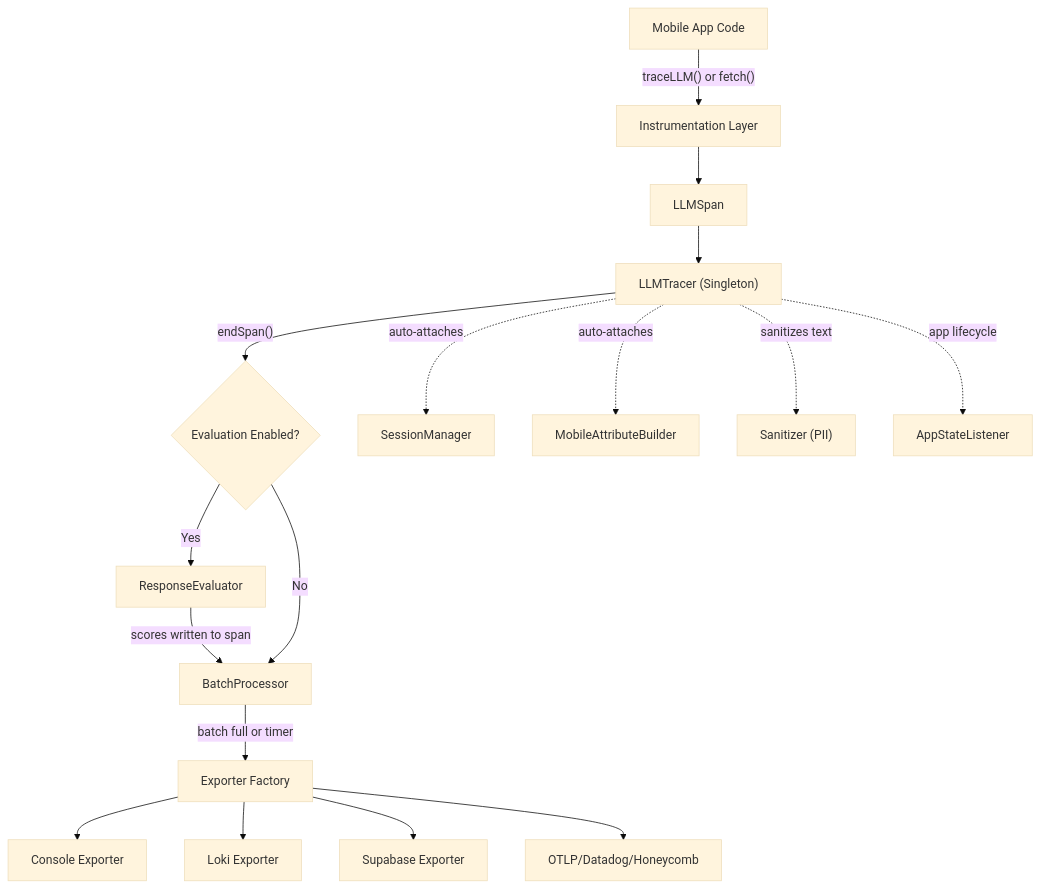
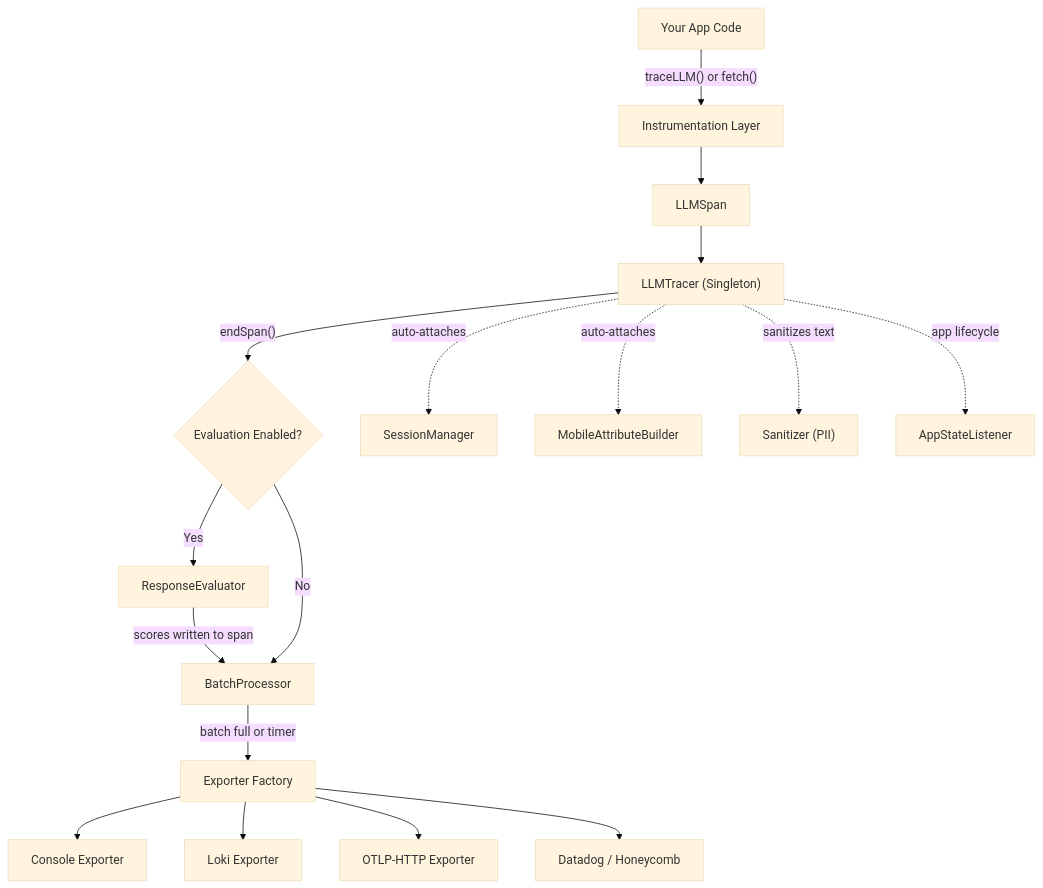
One commit to AissaM7/llm-telemetry changed the first of 3 diagrams in README.md. Above: the diagram before and after it, drawn with Mermaid (base theme). The commit also changed other lines of this file, not shown here.

````diff
--- a/README.md
+++ b/README.md
@@ -142,20 +262,20 @@
 ```mermaid
 graph TD
-    A["Mobile App Code"] -->|"traceLLM() or fetch()"| B["Instrumentation Layer"]
+    A["Your App Code"] -->|"traceLLM() or fetch()"| B["Instrumentation Layer"]
     B --> C["LLMSpan"]
     C --> D["LLMTracer (Singleton)"]
     D -->|"endSpan()"| E{"Evaluation Enabled?"}
     E -->|"Yes"| F["ResponseEvaluator"]
     F -->|"scores written to span"| G["BatchProcessor"]
     E -->|"No"| G
     G -->|"batch full or timer"| H["Exporter Factory"]
     H --> I["Console Exporter"]
     H --> J["Loki Exporter"]
-    H --> K["Supabase Exporter"]
-    H --> L["OTLP/Datadog/Honeycomb"]
+    H --> K["OTLP-HTTP Exporter"]
+    H --> L["Datadog / Honeycomb"]
     
     D -.->|"auto-attaches"| M["SessionManager"]
     D -.->|"auto-attaches"| N["MobileAttributeBuilder"]
     D -.->|"sanitizes text"| O["Sanitizer (PII)"]
     D -.->|"app lifecycle"| P["AppStateListener"]
 ```
````
